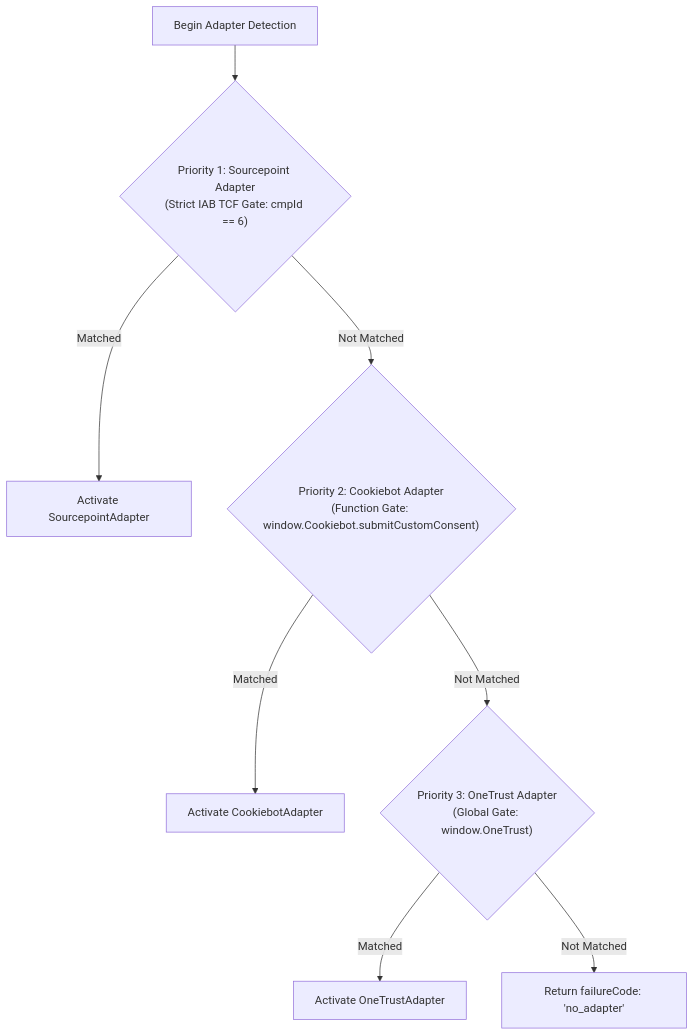
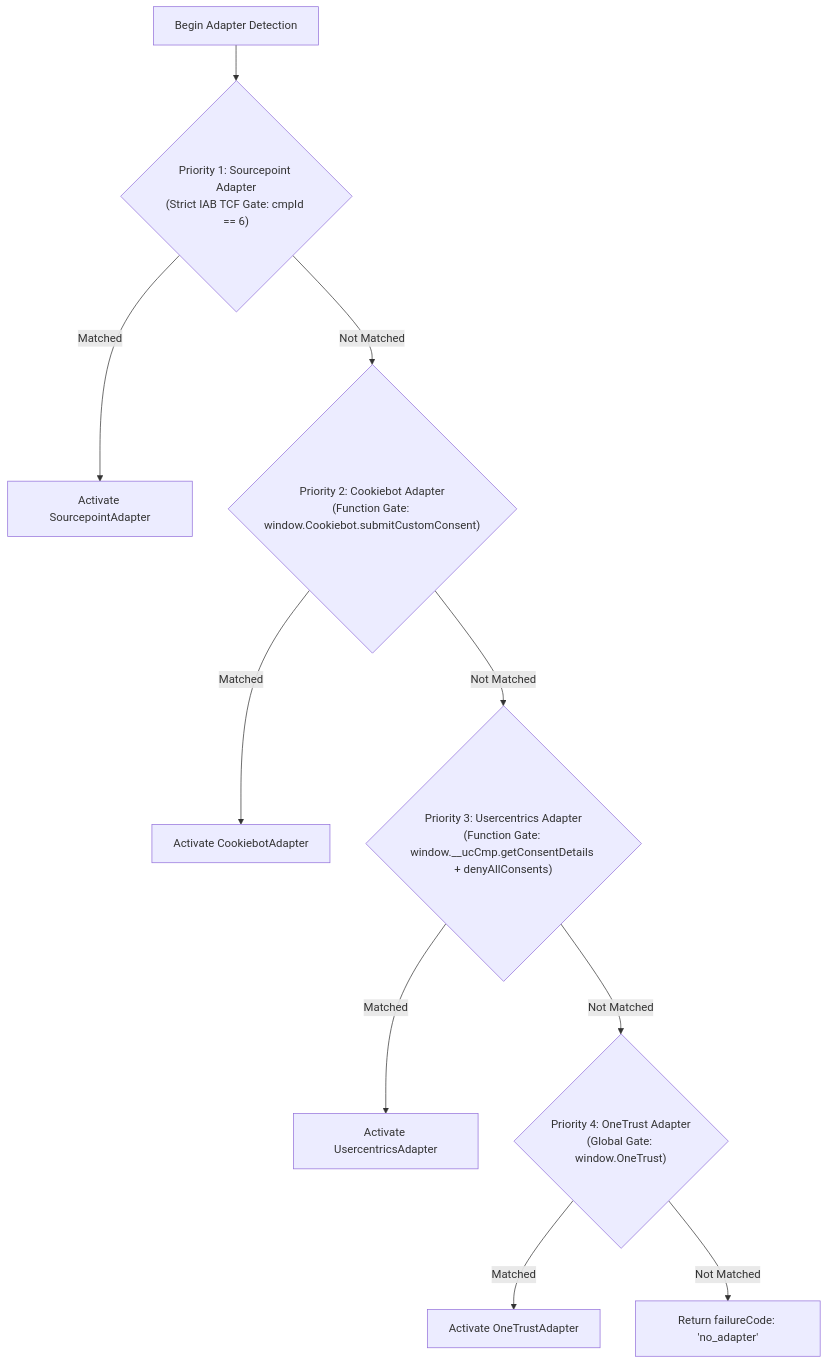
The second of 3 diagrams in docs/core-features/consent-management/cmp-engine/execution-pipeline-and-adapters/README.md (joelaniol/nova), drawn with Mermaid before and after one commit. The commit also changed other lines of this file and 58 other files, not shown here.

Commit message:
Docs: GraphQL and WebSocket decoding in network_read, data stores in inspect_component, agent identification, session recording of child targets, SFTP checksums; alpha.21 changelog (upcoming)

````diff
--- a/docs/core-features/consent-management/cmp-engine/execution-pipeline-and-adapters/README.md
+++ b/docs/core-features/consent-management/cmp-engine/execution-pipeline-and-adapters/README.md
@@ -129,10 +129,12 @@
 ```mermaid
 flowchart TD
     Start["Begin Adapter Detection"] --> P1{"Priority 1: Sourcepoint Adapter\n(Strict IAB TCF Gate: cmpId == 6)"}
     P1 -- "Matched" --> UseSourcepoint["Activate SourcepointAdapter"]
     P1 -- "Not Matched" --> P2{"Priority 2: Cookiebot Adapter\n(Function Gate: window.Cookiebot.submitCustomConsent)"}
     P2 -- "Matched" --> UseCookiebot["Activate CookiebotAdapter"]
-    P2 -- "Not Matched" --> P3{"Priority 3: OneTrust Adapter\n(Global Gate: window.OneTrust)"}
+    P2 -- "Not Matched" --> P2b{"Priority 3: Usercentrics Adapter\n(Function Gate: window.__ucCmp.getConsentDetails + denyAllConsents)"}
+    P2b -- "Matched" --> UseUsercentrics["Activate UsercentricsAdapter"]
+    P2b -- "Not Matched" --> P3{"Priority 4: OneTrust Adapter\n(Global Gate: window.OneTrust)"}
     P3 -- "Matched" --> UseOneTrust["Activate OneTrustAdapter"]
     P3 -- "Not Matched" --> NoMatch["Return failureCode: 'no_adapter'"]
 ```
````
